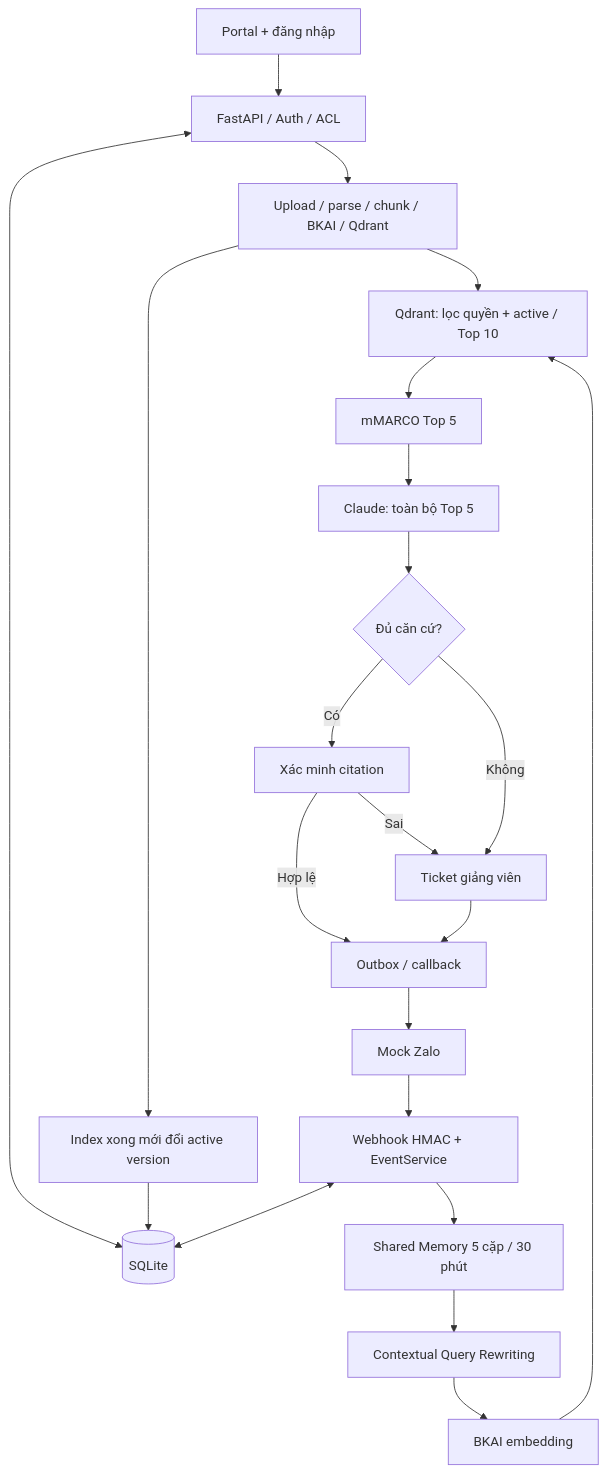
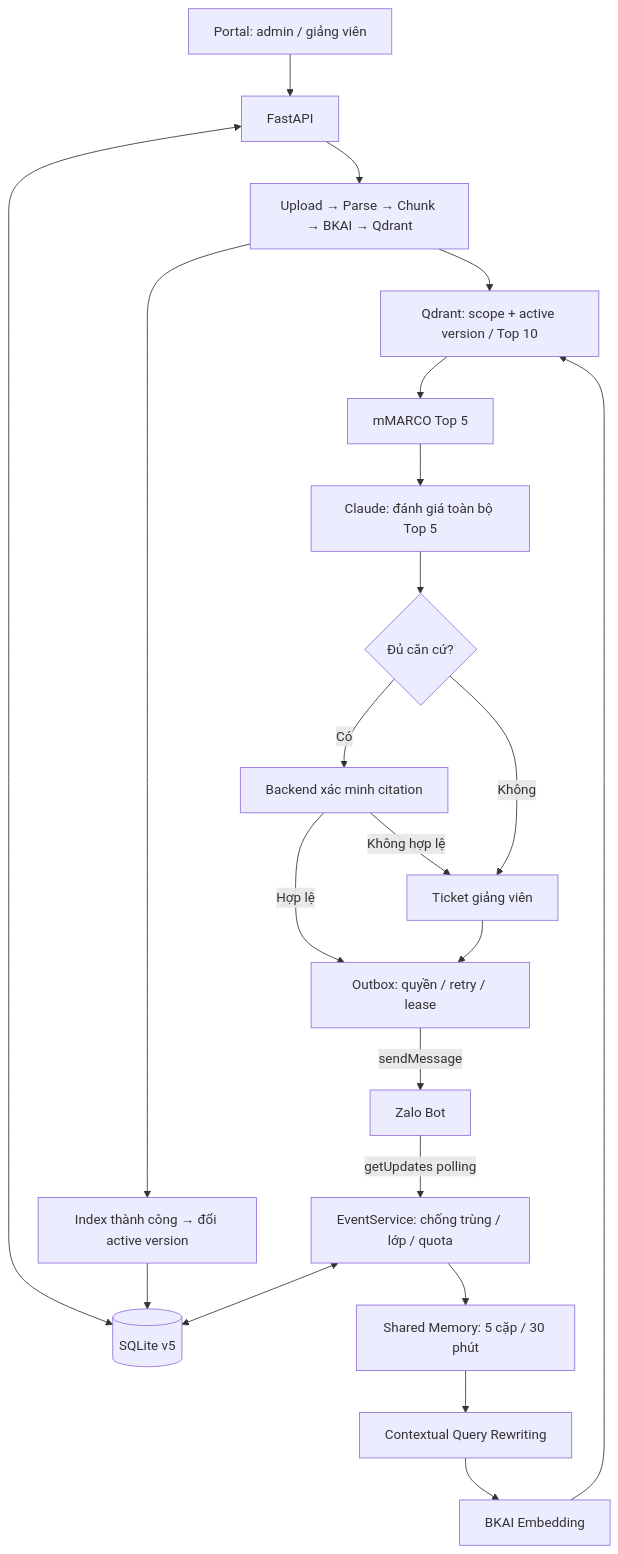
One commit to hoanglongvbhp0703-sys/AI-TEACHING-ASSISTANT changed the diagram in ban_giao/02_kien_truc/KIEN_TRUC.md. Above: the diagram before and after it, drawn with Mermaid. The commit also changed other lines of this file and 25 other files, not shown here.

````diff
--- a/ban_giao/02_kien_truc/KIEN_TRUC.md
+++ b/ban_giao/02_kien_truc/KIEN_TRUC.md
@@ -5,24 +3,24 @@
 ```mermaid
 flowchart TD
- P[Portal + đăng nhập] --> B[FastAPI / Auth / ACL]
- Z[Mock Zalo] --> W[Webhook HMAC + EventService]
- B <--> DB[(SQLite)]
- W <--> DB
- B --> I[Upload / parse / chunk / BKAI / Qdrant]
- I --> A[Index xong mới đổi active version]
- A --> DB
- W --> M[Shared Memory 5 cặp / 30 phút]
- M --> Q[Contextual Query Rewriting]
- Q --> E[BKAI embedding]
- E --> R[Qdrant: lọc quyền + active / Top 10]
- I --> R
- R --> RR[mMARCO Top 5]
- RR --> L[Claude: toàn bộ Top 5]
- L --> G{Đủ căn cứ?}
- G -->|Có| C[Xác minh citation]
- G -->|Không| H[Ticket giảng viên]
- C -->|Hợp lệ| O[Outbox / callback]
- C -->|Sai| H
- H --> O
- O --> Z
+    P[Portal: admin / giảng viên] --> B[FastAPI]
+    Z[Zalo Bot] -->|getUpdates polling| E[EventService: chống trùng / lớp / quota]
+    B <--> DB[(SQLite v5)]
+    E <--> DB
+    B --> I[Upload → Parse → Chunk → BKAI → Qdrant]
+    I --> A[Index thành công → đổi active version]
+    A --> DB
+    E --> M[Shared Memory: 5 cặp / 30 phút]
+    M --> Q[Contextual Query Rewriting]
+    Q --> V[BKAI Embedding]
+    V --> R[Qdrant: scope + active version / Top 10]
+    I --> R
+    R --> RR[mMARCO Top 5]
+    RR --> L[Claude: đánh giá toàn bộ Top 5]
+    L --> G{Đủ căn cứ?}
+    G -->|Có| C[Backend xác minh citation]
+    G -->|Không| T[Ticket giảng viên]
+    C -->|Hợp lệ| O[Outbox: quyền / retry / lease]
+    C -->|Không hợp lệ| T
+    T --> O
+    O -->|sendMessage| Z
 ```
````
